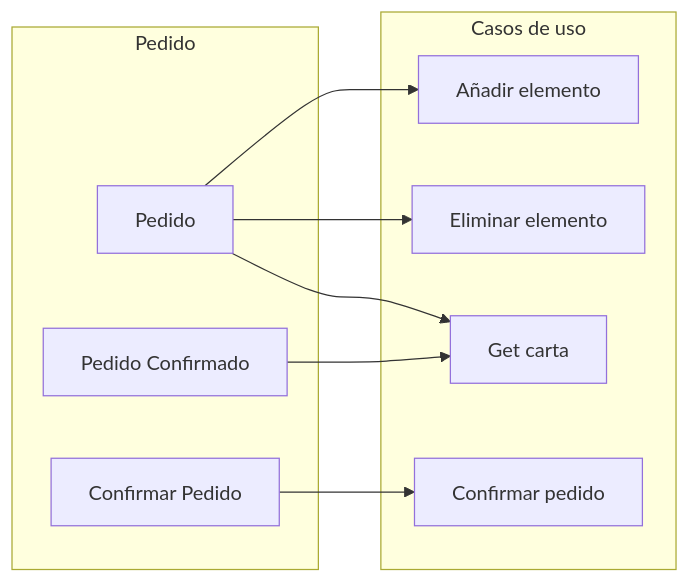
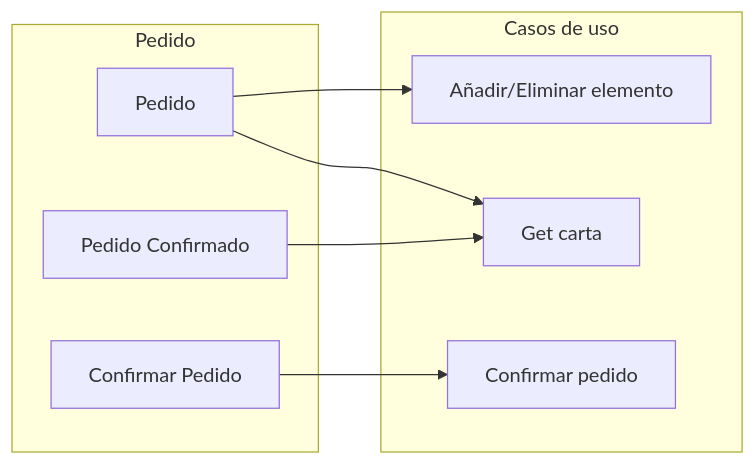
The ninth of 10 diagrams in documentacion/requisitos/diagramas_de_flujo.md (pabenito/QRest), drawn with Mermaid before and after one commit. The commit also changed other lines of this file, not shown here.

Commit message:
Diagrama de flujo: Unificar casos de uso Añadir/Eliminar elementos

````diff
--- a/documentacion/requisitos/diagramas_de_flujo.md
+++ b/documentacion/requisitos/diagramas_de_flujo.md
@@ -153,19 +149,17 @@
 ```mermaid
 flowchart LR
     subgraph g_pedido[Pedido]
         pedido[Pedido]
         pedido_confirmado[Pedido Confirmado]
         confirmar[Confirmar Pedido]
     end
     subgraph casos_de_uso[Casos de uso]
-        anadir_elemento[Añadir elemento]
-        eliminar_elemento[Eliminar elemento]
+        anadir_eliminar_elemento[Añadir/Eliminar elemento]
         confirmar_pedido[Confirmar pedido]
         get_carta[Get carta]
     end
-    pedido --> anadir_elemento
-    pedido --> eliminar_elemento
+    pedido --> anadir_eliminar_elemento
     pedido --> get_carta
     confirmar --> confirmar_pedido
     pedido_confirmado --> get_carta
 ```
````
